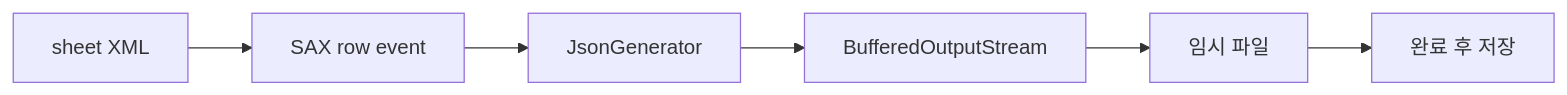
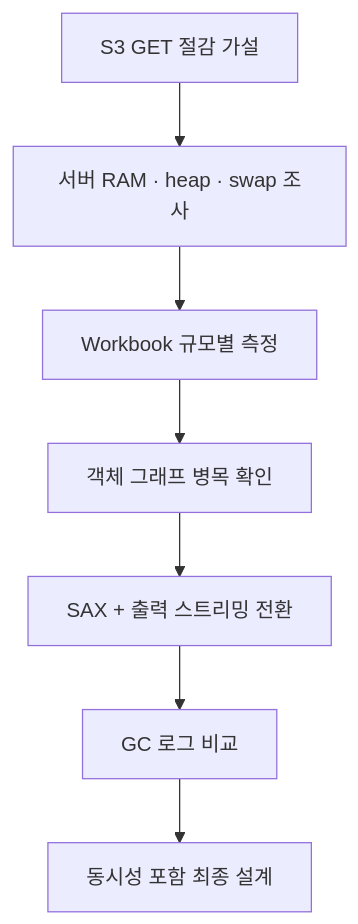
One commit to Joooooonha/excel-streaming-parser-study changed the second of 4 diagrams in README.md. Above: the diagram before and after it, drawn with Mermaid. The commit also changed other lines of this file, not shown here.

````diff
--- a/README.md
+++ b/README.md
@@ -263,8 +57,9 @@
 ```mermaid
-flowchart LR
-    A["sheet XML"] --> B["SAX row event"]
-    B --> C["JsonGenerator"]
-    C --> D["BufferedOutputStream"]
-    D --> E["임시 파일"]
-    E --> F["완료 후 저장"]
+flowchart TD
+    A["S3 GET 절감 가설"] --> B["서버 RAM · heap · swap 조사"]
+    B --> C["Workbook 규모별 측정"]
+    C --> D["객체 그래프 병목 확인"]
+    D --> E["SAX + 출력 스트리밍 전환"]
+    E --> F["GC 로그 비교"]
+    F --> G["동시성 포함 최종 설계"]
 ```
````
